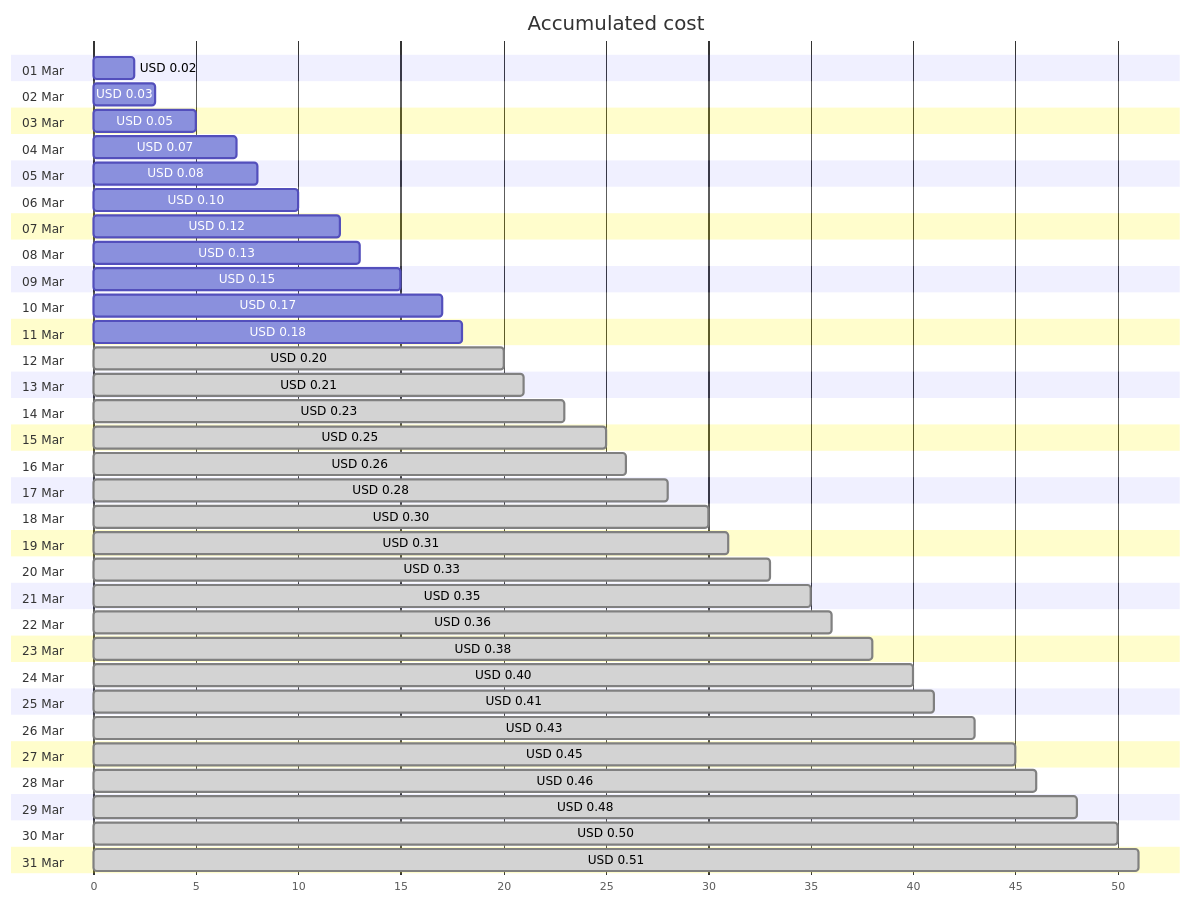
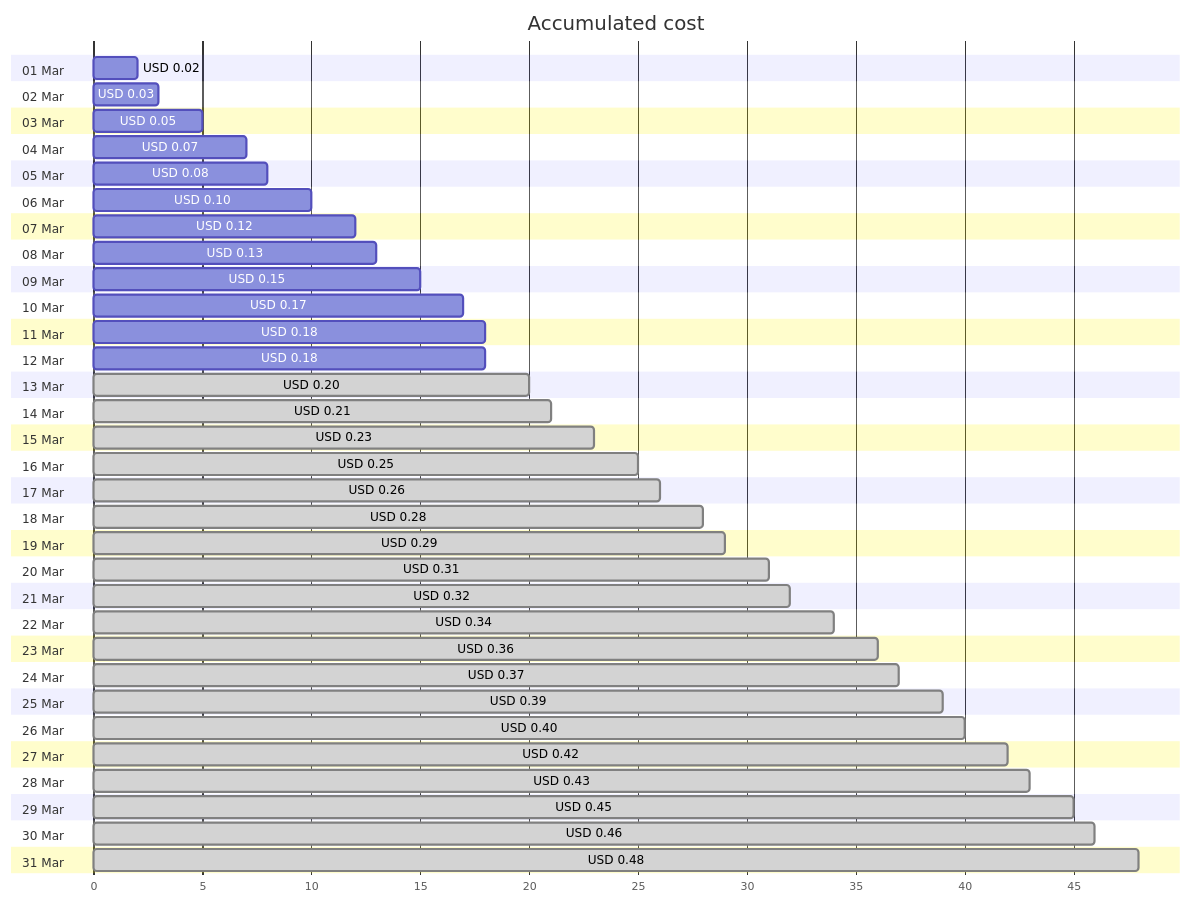
One commit to jpfulton/azure-personal-reports changed the first of 4 diagrams in cost-reports/personal-dns/jpatrickfulton.dev.md. Above: the diagram before and after it, drawn with Mermaid. The commit also changed other lines of this file and 2 other files, not shown here.

Commit message:
Generated reports [skip ci]

````diff
--- a/cost-reports/personal-dns/jpatrickfulton.dev.md
+++ b/cost-reports/personal-dns/jpatrickfulton.dev.md
@@ -20,68 +20,68 @@
 ```mermaid
 gantt
    title Accumulated cost
    dateFormat  X
    axisFormat %s
    section 01 Mar
    USD 0.02 :0, 2
    section 02 Mar
    USD 0.03 :0, 3
    section 03 Mar
    USD 0.05 :0, 5
    section 04 Mar
    USD 0.07 :0, 7
    section 05 Mar
    USD 0.08 :0, 8
    section 06 Mar
    USD 0.10 :0, 10
    section 07 Mar
    USD 0.12 :0, 12
    section 08 Mar
    USD 0.13 :0, 13
    section 09 Mar
    USD 0.15 :0, 15
    section 10 Mar
    USD 0.17 :0, 17
    section 11 Mar
    USD 0.18 :0, 18
    section 12 Mar
+   USD 0.18 :0, 18
+   section 13 Mar
    USD 0.20 : done, 0, 20
-   section 13 Mar
+   section 14 Mar
    USD 0.21 : done, 0, 21
-   section 14 Mar
+   section 15 Mar
    USD 0.23 : done, 0, 23
-   section 15 Mar
+   section 16 Mar
    USD 0.25 : done, 0, 25
-   section 16 Mar
+   section 17 Mar
    USD 0.26 : done, 0, 26
-   section 17 Mar
+   section 18 Mar
    USD 0.28 : done, 0, 28
-   section 18 Mar
-   USD 0.30 : done, 0, 30
    section 19 Mar
+   USD 0.29 : done, 0, 29
+   section 20 Mar
    USD 0.31 : done, 0, 31
-   section 20 Mar
-   USD 0.33 : done, 0, 33
    section 21 Mar
-   USD 0.35 : done, 0, 35
+   USD 0.32 : done, 0, 32
    section 22 Mar
+   USD 0.34 : done, 0, 34
+   section 23 Mar
    USD 0.36 : done, 0, 36
-   section 23 Mar
-   USD 0.38 : done, 0, 38
    section 24 Mar
+   USD 0.37 : done, 0, 37
+   section 25 Mar
+   USD 0.39 : done, 0, 39
+   section 26 Mar
    USD 0.40 : done, 0, 40
-   section 25 Mar
-   USD 0.41 : done, 0, 41
-   section 26 Mar
+   section 27 Mar
+   USD 0.42 : done, 0, 42
+   section 28 Mar
    USD 0.43 : done, 0, 43
-   section 27 Mar
+   section 29 Mar
    USD 0.45 : done, 0, 45
-   section 28 Mar
+   section 30 Mar
    USD 0.46 : done, 0, 46
-   section 29 Mar
+   section 31 Mar
    USD 0.48 : done, 0, 48
-   section 30 Mar
-   USD 0.50 : done, 0, 50
-   section 31 Mar
-   USD 0.51 : done, 0, 51
 ```
````
